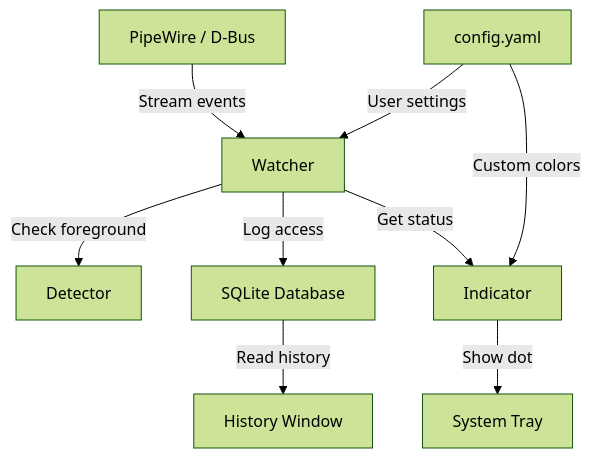
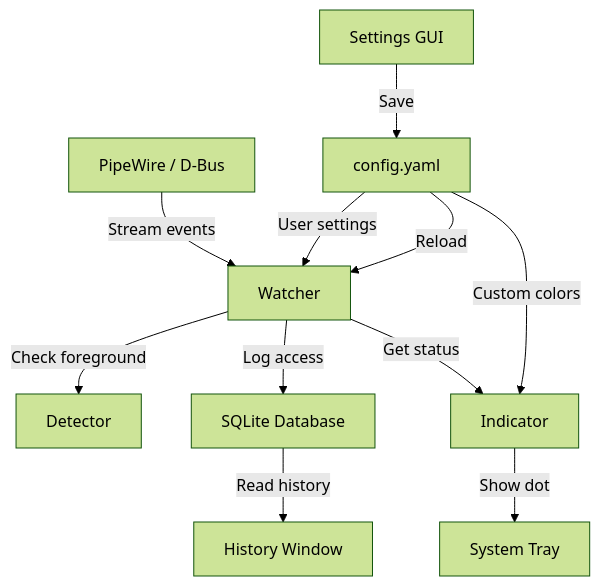
The diagram in README.md (OandONE/dot), drawn with Mermaid (forest theme) before and after one commit. The commit also changed other lines of this file, not shown here.

````diff
--- a/README.md
+++ b/README.md
@@ -119,11 +105,13 @@
 ```mermaid
 graph TD
     A[PipeWire / D-Bus] -->|Stream events| B[Watcher]
     B -->|Check foreground| C[Detector]
     B -->|Log access| D[SQLite Database]
     B -->|Get status| E[Indicator]
     E -->|Show dot| F[System Tray]
     D -->|Read history| G[History Window]
     H[config.yaml] -->|User settings| B
     H -->|Custom colors| E
+    I[Settings GUI] -->|Save| H
+    H -->|Reload| B
 ```
````
